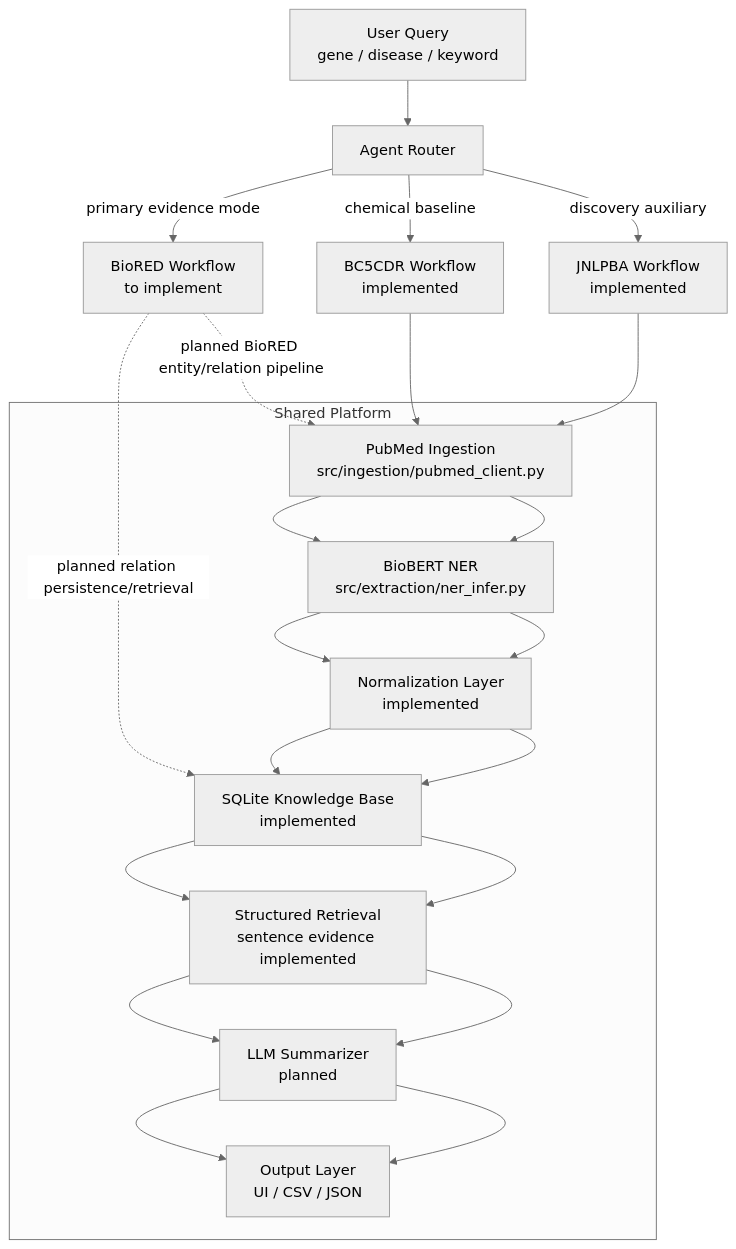
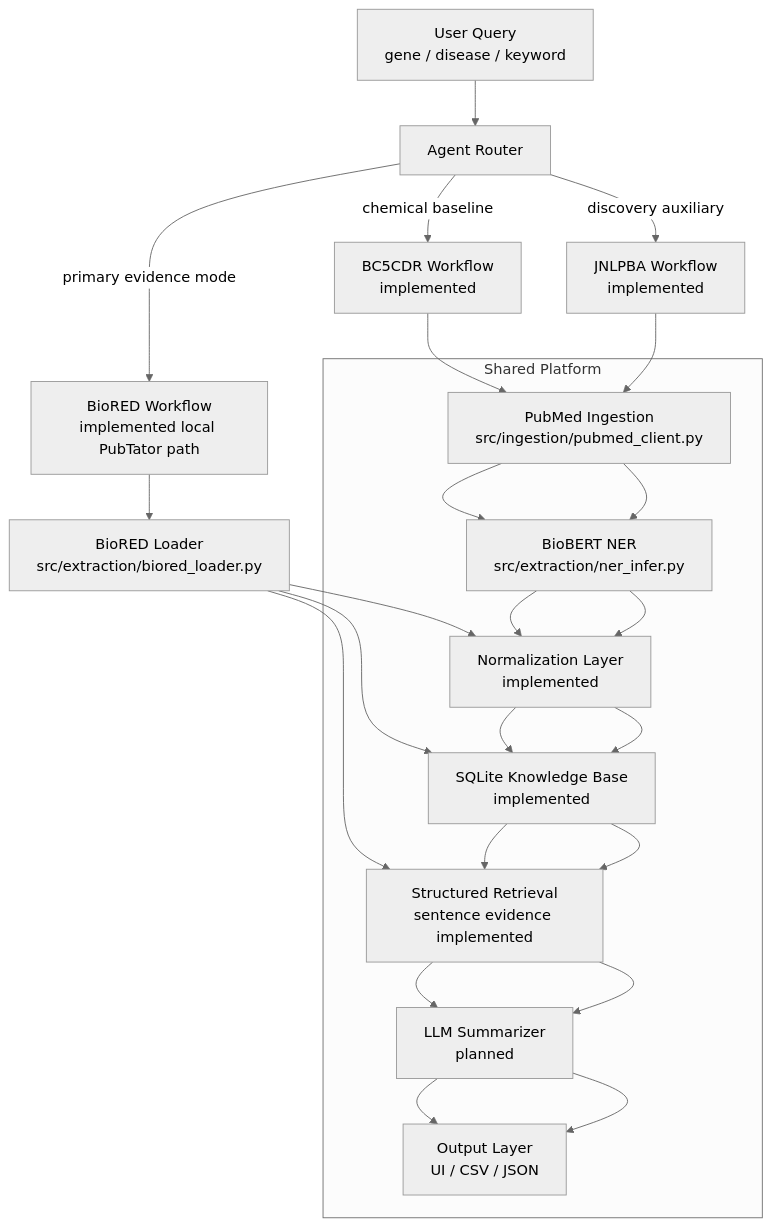
Before and after one commit to Yi104/biomedical_literature_intelligence_engine: the first of 2 diagrams in doc/system_architecture_diagram.md, drawn with Mermaid (neutral theme). The commit also changed other lines of this file and 5 other files, not shown here.

````diff
--- a/doc/system_architecture_diagram.md
+++ b/doc/system_architecture_diagram.md
@@ -7,22 +7,24 @@
 ```mermaid
 flowchart TB
     U[User Query<br/>gene / disease / keyword] --> A[Agent Router]
-    A -->|primary evidence mode| R[BioRED Workflow<br/>to implement]
+    A -->|primary evidence mode| R[BioRED Workflow<br/>implemented local PubTator path]
     A -->|chemical baseline| B[BC5CDR Workflow<br/>implemented]
     A -->|discovery auxiliary| C[JNLPBA Workflow<br/>implemented]
 
     subgraph Shared Platform
         D[PubMed Ingestion<br/>src/ingestion/pubmed_client.py]
         E[BioBERT NER<br/>src/extraction/ner_infer.py]
         F[Normalization Layer<br/>implemented]
         G[SQLite Knowledge Base<br/>implemented]
         H[Structured Retrieval<br/>sentence evidence implemented]
         I[LLM Summarizer<br/>planned]
         J[Output Layer<br/>UI / CSV / JSON]
     end
 
-    R -. planned BioRED entity/relation pipeline .-> D
-    R -. planned relation persistence/retrieval .-> G
+    R --> K[BioRED Loader<br/>src/extraction/biored_loader.py]
+    K --> F
+    K --> G
+    K --> H
     B --> D --> E --> F --> G --> H --> I --> J
     C --> D --> E --> F --> G --> H --> I --> J
 ```
````
